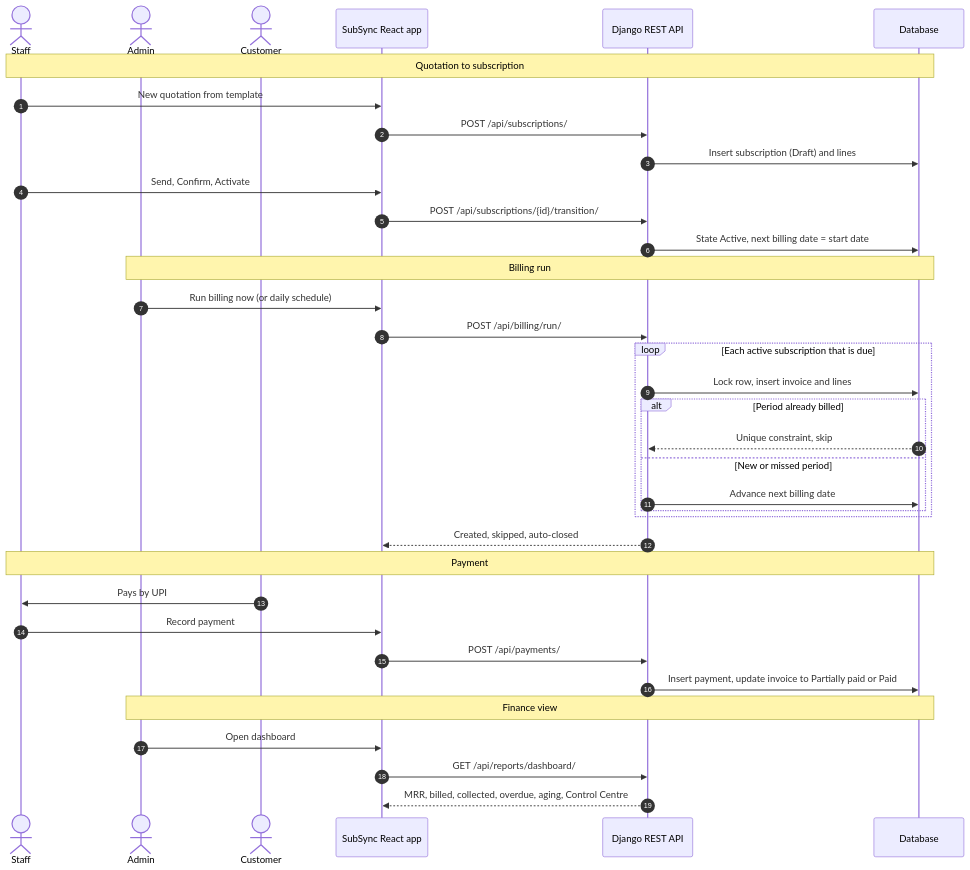
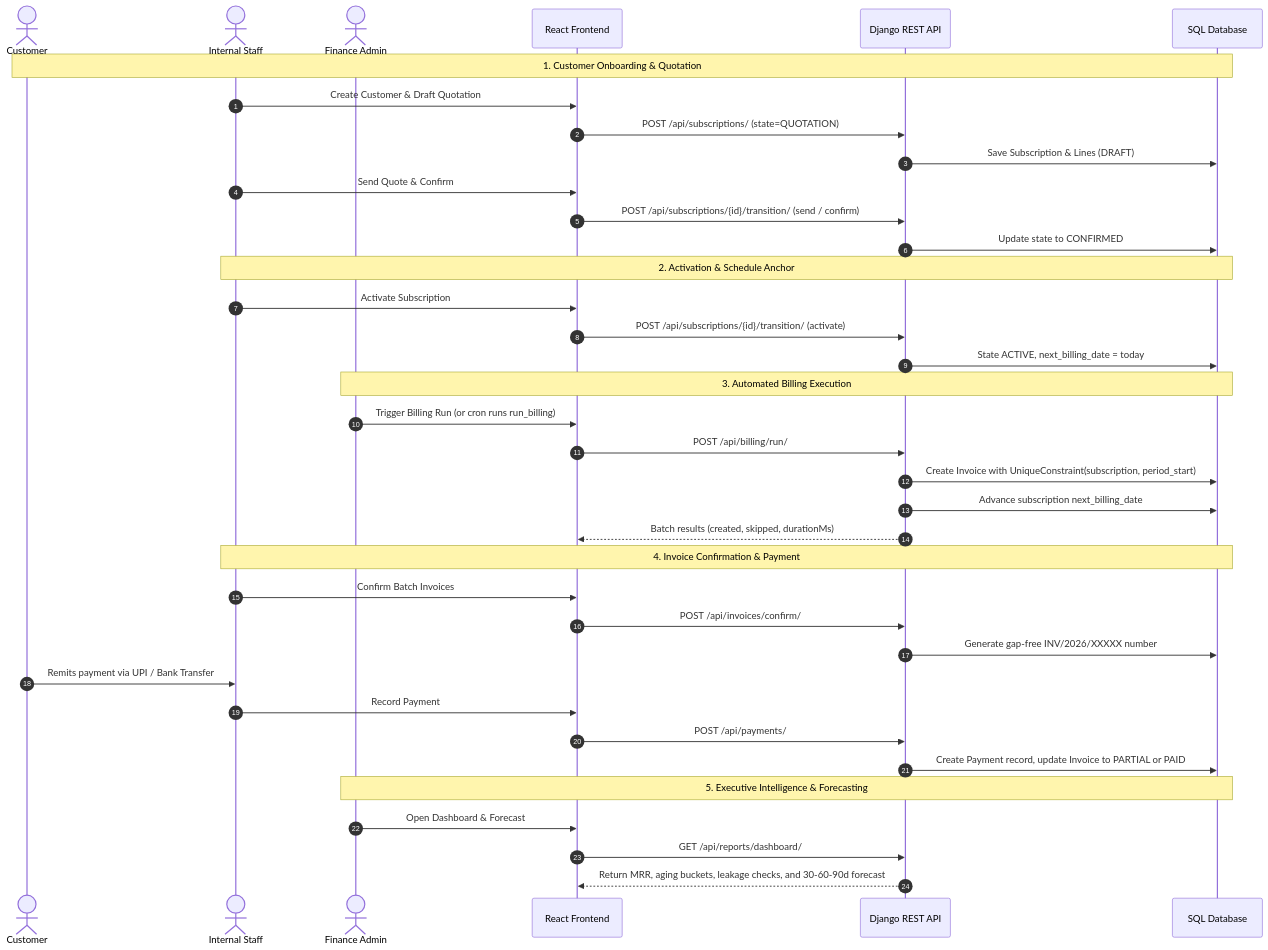
The third of 4 diagrams in README.md (jisssz/make_a_ton), drawn with Mermaid before and after one commit. The commit also changed other lines of this file and 2 other files, not shown here.

Commit message:
docs: complete comprehensive production README, architecture diagrams, demo script, and MIT license

````diff
--- a/README.md
+++ b/README.md
@@ -109,42 +234,44 @@
 ```mermaid
 sequenceDiagram
     autonumber
-    actor Staff as Staff
-    actor Admin as Admin
     actor Customer as Customer
-    participant App as SubSync React app
+    actor Staff as Internal Staff
+    actor Admin as Finance Admin
+    participant App as React Frontend
     participant API as Django REST API
-    participant DB as Database
+    participant DB as SQL Database
 
-    Note over Staff, DB: Quotation to subscription
-    Staff->>App: New quotation from template
-    App->>API: POST /api/subscriptions/
-    API->>DB: Insert subscription (Draft) and lines
-    Staff->>App: Send, Confirm, Activate
-    App->>API: POST /api/subscriptions/{id}/transition/
-    API->>DB: State Active, next billing date = start date
+    Note over Customer, DB: 1. Customer Onboarding & Quotation
+    Staff->>App: Create Customer & Draft Quotation
+    App->>API: POST /api/subscriptions/ (state=QUOTATION)
+    API->>DB: Save Subscription & Lines (DRAFT)
+    Staff->>App: Send Quote & Confirm
+    App->>API: POST /api/subscriptions/{id}/transition/ (send / confirm)
+    API->>DB: Update state to CONFIRMED
 
-    Note over Admin, DB: Billing run
-    Admin->>App: Run billing now (or daily schedule)
+    Note over Staff, DB: 2. Activation & Schedule Anchor
+    Staff->>App: Activate Subscription
+    App->>API: POST /api/subscriptions/{id}/transition/ (activate)
+    API->>DB: State ACTIVE, next_billing_date = today
+
+    Note over Admin, DB: 3. Automated Billing Execution
+    Admin->>App: Trigger Billing Run (or cron runs run_billing)
     App->>API: POST /api/billing/run/
-    loop Each active subscription that is due
-        API->>DB: Lock row, insert invoice and lines
-        alt Period already billed
-            DB-->>API: Unique constraint, skip
-        else New or missed period
-            API->>DB: Advance next billing date
-        end
-    end
-    API-->>App: Created, skipped, auto-closed
+    API->>DB: Create Invoice with UniqueConstraint(subscription, period_start)
+    API->>DB: Advance subscription next_billing_date
+    API-->>App: Batch results (created, skipped, durationMs)
 
-    Note over Staff, DB: Payment
-    Customer->>Staff: Pays by UPI
-    Staff->>App: Record payment
+    Note over Staff, DB: 4. Invoice Confirmation & Payment
+    Staff->>App: Confirm Batch Invoices
+    App->>API: POST /api/invoices/confirm/
+    API->>DB: Generate gap-free INV/2026/XXXXX number
+    Customer->>Staff: Remits payment via UPI / Bank Transfer
+    Staff->>App: Record Payment
     App->>API: POST /api/payments/
-    API->>DB: Insert payment, update invoice to Partially paid or Paid
+    API->>DB: Create Payment record, update Invoice to PARTIAL or PAID
 
-    Note over Admin, DB: Finance view
-    Admin->>App: Open dashboard
+    Note over Admin, DB: 5. Executive Intelligence & Forecasting
+    Admin->>App: Open Dashboard & Forecast
     App->>API: GET /api/reports/dashboard/
-    API-->>App: MRR, billed, collected, overdue, aging, Control Centre
+    API-->>App: Return MRR, aging buckets, leakage checks, and 30-60-90d forecast
 ```
````
